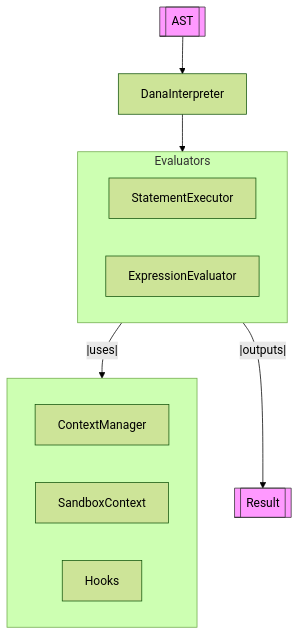
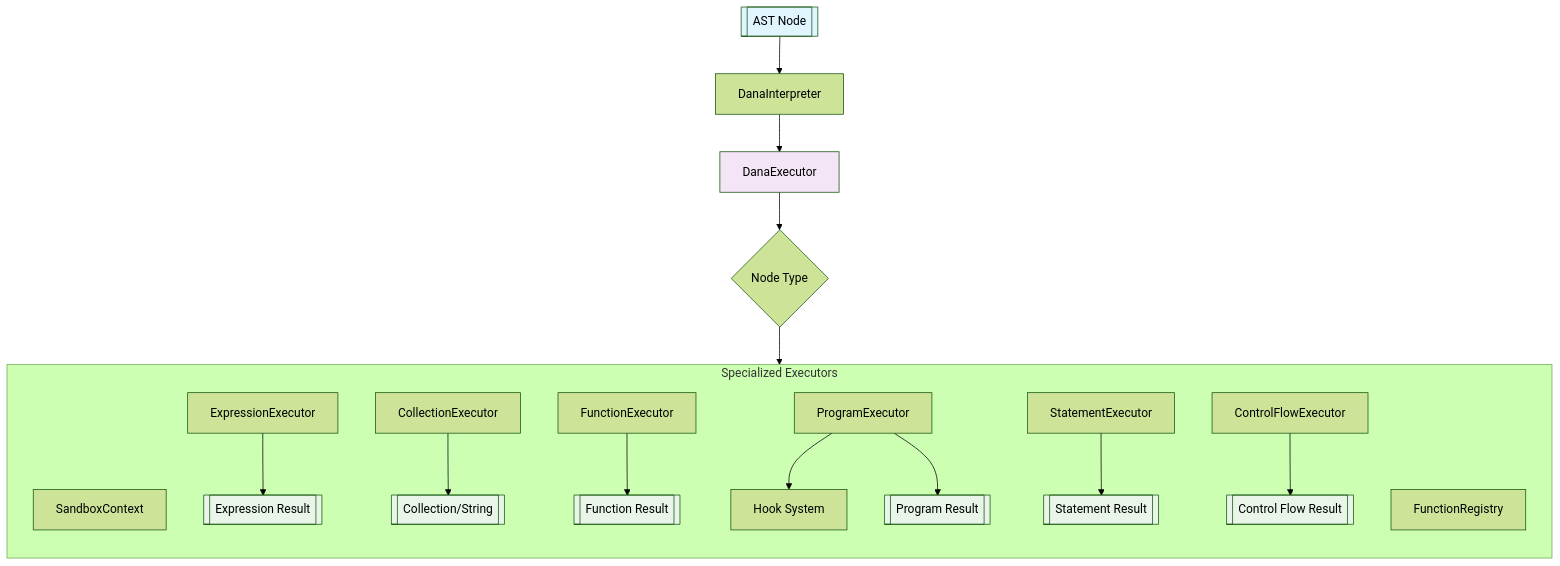
Before and after one commit to aitomatic/dana: the diagram in docs/dana/interpreter.md, drawn with Mermaid (forest theme). The commit also changed other lines of this file and 54 other files, not shown here.

````diff
--- a/docs/dana/interpreter.md
+++ b/docs/dana/interpreter.md
@@ -32,18 +57,43 @@
 ```mermaid
 graph TB
-    AST[[AST]] --> I[DanaInterpreter]
-    I --> EV
-    subgraph EV [Evaluators]
-        SE[StatementExecutor]
-        EE[ExpressionEvaluator]
-    end
-    subgraph UT [ ]
-        CM[ContextManager]
+    AST[[AST Node]] --> DI[DanaInterpreter]
+    DI --> DE[DanaExecutor]
+    DE --> Dispatch{Node Type}
+    
+    subgraph SEG [Specialized Executors]
+        direction TB
+        
         SC[SandboxContext]
-        Hooks[Hooks]
-    end
-    EV --|uses|--> UT
-    EV --|outputs|--> Output[[Result]]
-    style AST fill:#f9f,stroke:#333
-    style Output fill:#f9f,stroke:#333
+        FR[FunctionRegistry]
+        
+        EE[ExpressionExecutor]
+        EE --> ER[[Expression Result]]
+
+        CE[CollectionExecutor]
+        CE --> CoR[[Collection/String]]
+
+        FE[FunctionExecutor]
+        FE --> FuR[[Function Result]]
+
+        PE[ProgramExecutor]
+        PE --> Hooks[Hook System]
+        PE --> PR[[Program Result]]
+    
+        SE[StatementExecutor] 
+        SE --> SR[[Statement Result]]
+
+        CFE[ControlFlowExecutor]
+        CFE --> CR[[Control Flow Result]]
+    end    
+
+    Dispatch --> SEG
+    
+    style AST fill:#e1f5fe
+    style DE fill:#f3e5f5
+    style ER fill:#e8f5e8
+    style SR fill:#e8f5e8
+    style CR fill:#e8f5e8
+    style CoR fill:#e8f5e8
+    style FuR fill:#e8f5e8
+    style PR fill:#e8f5e8
 ```
````
